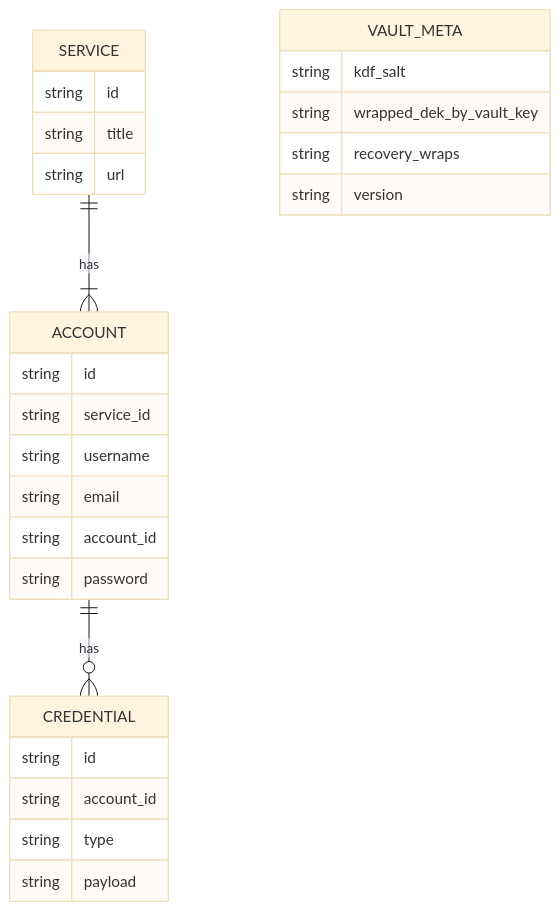
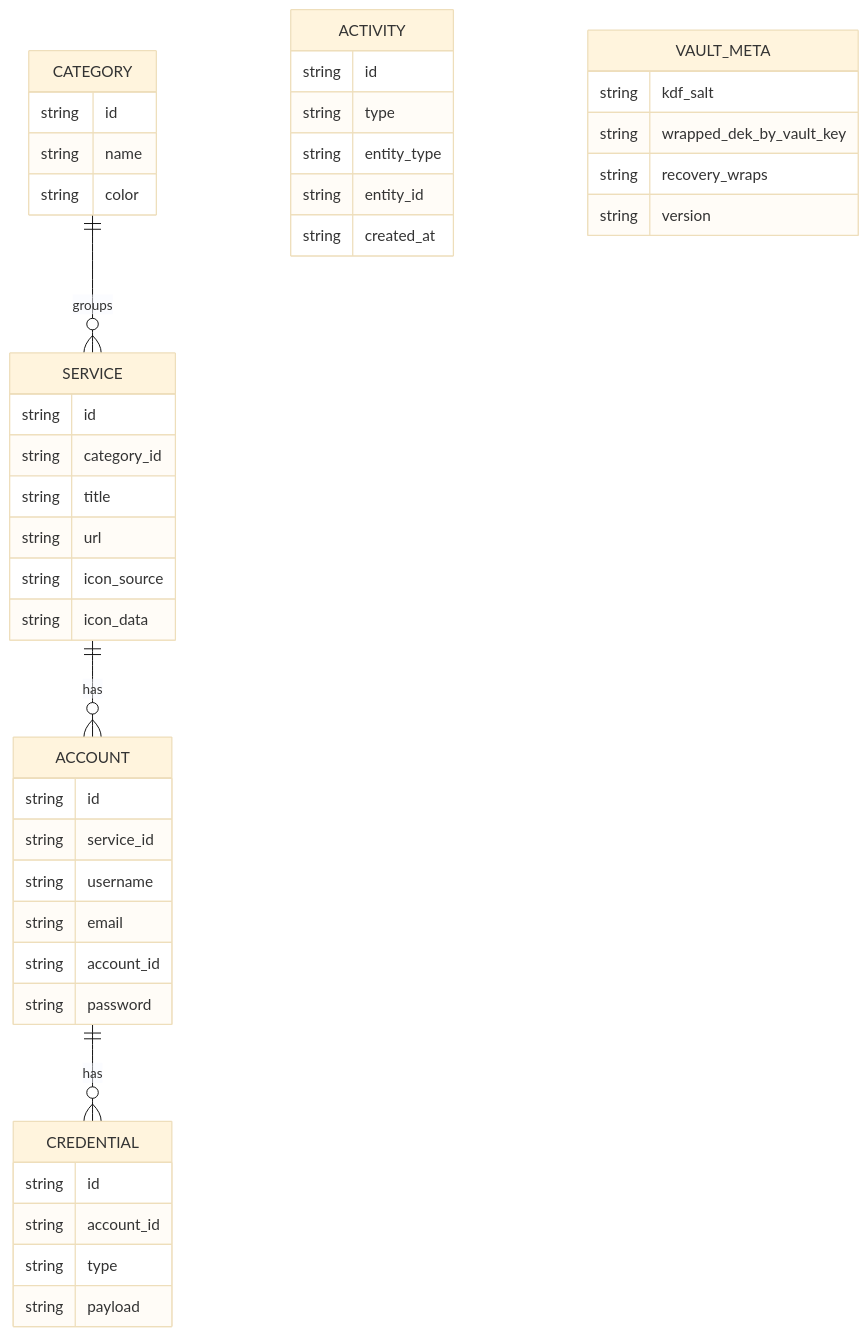
Before and after one commit to NaborFranciscoIII/krypteia: the second of 3 diagrams in docs/ARCHITECTURE.md, drawn with Mermaid (base theme). The commit also changed other lines of this file and 83 other files, not shown here.

````diff
--- a/docs/ARCHITECTURE.md
+++ b/docs/ARCHITECTURE.md
@@ -24,9 +24,12 @@
 ```mermaid
 erDiagram
-  SERVICE ||--|{ ACCOUNT : has
+  CATEGORY ||--o{ SERVICE : groups
+  SERVICE ||--o{ ACCOUNT : has
   ACCOUNT ||--o{ CREDENTIAL : has
-  SERVICE { string id string title string url }
+  SERVICE { string id string category_id string title string url string icon_source string icon_data }
+  CATEGORY { string id string name string color }
   ACCOUNT { string id string service_id string username string email string account_id string password }
   CREDENTIAL { string id string account_id string type string payload }
+  ACTIVITY { string id string type string entity_type string entity_id string created_at }
   VAULT_META { string kdf_salt string wrapped_dek_by_vault_key string recovery_wraps string version }
 ```
````
